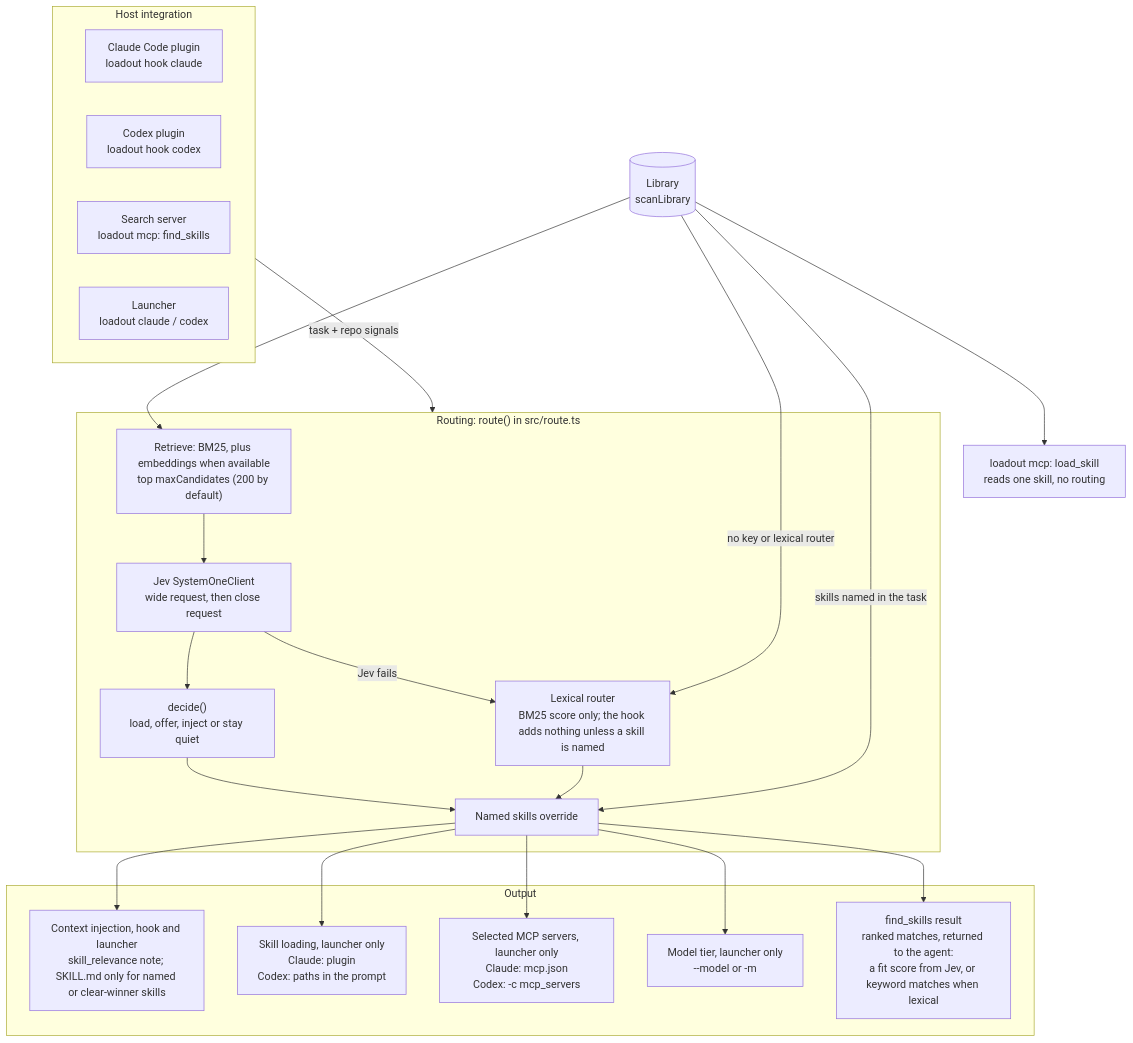
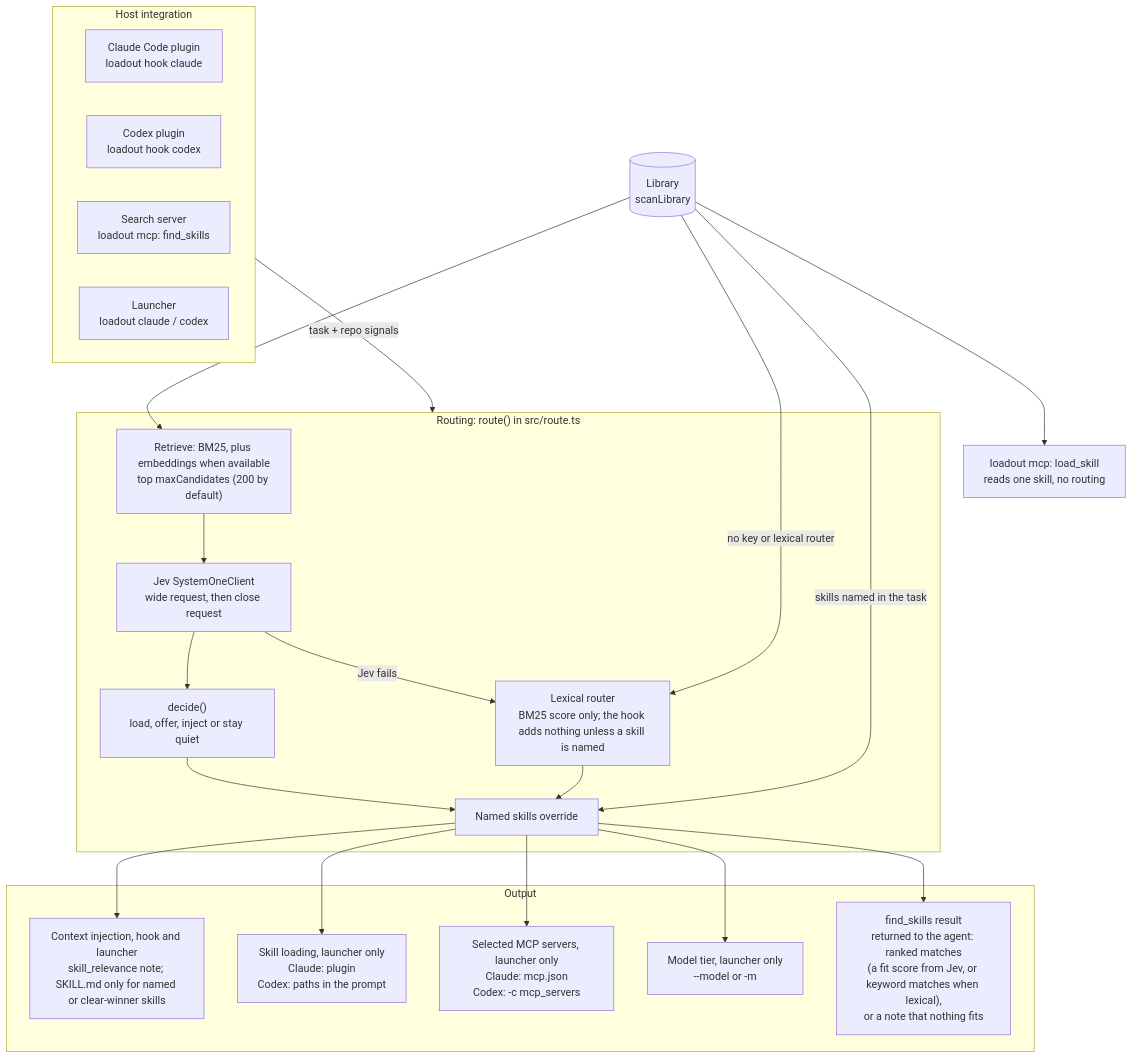
The diagram in DESIGN.md (erik-hedstrom/loadout), drawn with Mermaid before and after one commit.

Commit message:
DESIGN: find_skills can also return a no-match note
Claude-Session: https://claude.ai/code/session_01HuyR49tfEGYja23caRY2JK

````diff
--- a/DESIGN.md
+++ b/DESIGN.md
@@ -29,44 +29,44 @@
 ```mermaid
 flowchart TB
     subgraph host["Host integration"]
         CH["Claude Code plugin<br/>loadout hook claude"]
         XH["Codex plugin<br/>loadout hook codex"]
         MS["Search server<br/>loadout mcp: find_skills"]
         LA["Launcher<br/>loadout claude / codex"]
     end
 
     LIB[("Library<br/>scanLibrary")]
     LS["loadout mcp: load_skill<br/>reads one skill, no routing"]
 
     subgraph routing["Routing: route() in src/route.ts"]
         RET["Retrieve: BM25, plus embeddings when available<br/>top maxCandidates (200 by default)"]
         JEV["Jev SystemOneClient<br/>wide request, then close request"]
         DEC["decide()<br/>load, offer, inject or stay quiet"]
         LEX["Lexical router<br/>BM25 score only; the hook adds nothing unless a skill is named"]
         MEN["Named skills override"]
         RET --> JEV
         JEV -->|"Jev fails"| LEX
         JEV --> DEC
         DEC --> MEN
         LEX --> MEN
     end
 
     subgraph out["Output"]
         CTX["Context injection, hook and launcher<br/>skill_relevance note; SKILL.md only for named or clear-winner skills"]
         SKL["Skill loading, launcher only<br/>Claude: plugin<br/>Codex: paths in the prompt"]
         MCPS["Selected MCP servers, launcher only<br/>Claude: mcp.json<br/>Codex: -c mcp_servers"]
         TIER["Model tier, launcher only<br/>--model or -m"]
-        FSR["find_skills result<br/>ranked matches, returned to the agent:<br/>a fit score from Jev, or keyword matches when lexical"]
+        FSR["find_skills result<br/>returned to the agent: ranked matches<br/>(a fit score from Jev, or keyword matches when lexical),<br/>or a note that nothing fits"]
     end
 
     host -->|"task + repo signals"| routing
     LIB --> RET
     LIB -->|"no key or lexical router"| LEX
     LIB -->|"skills named in the task"| MEN
     LIB --> LS
     MEN --> CTX
     MEN --> SKL
     MEN --> MCPS
     MEN --> TIER
     MEN --> FSR
 ```
````
